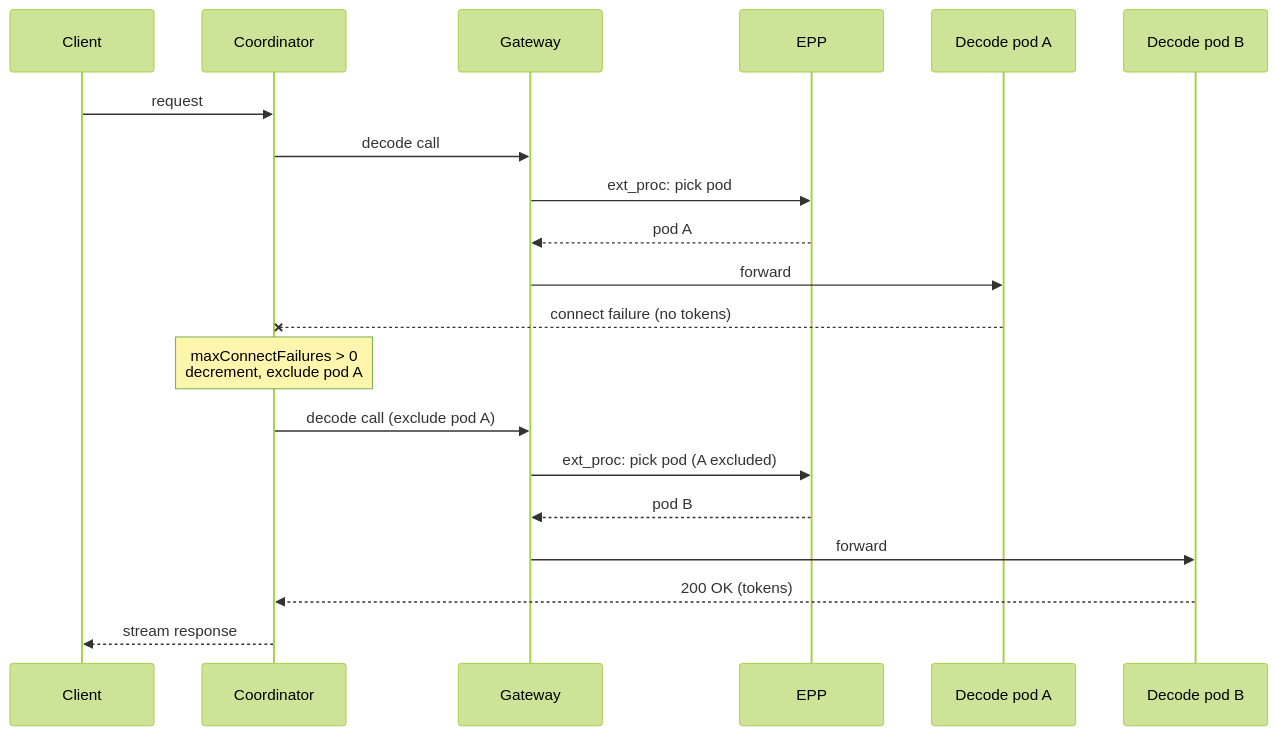
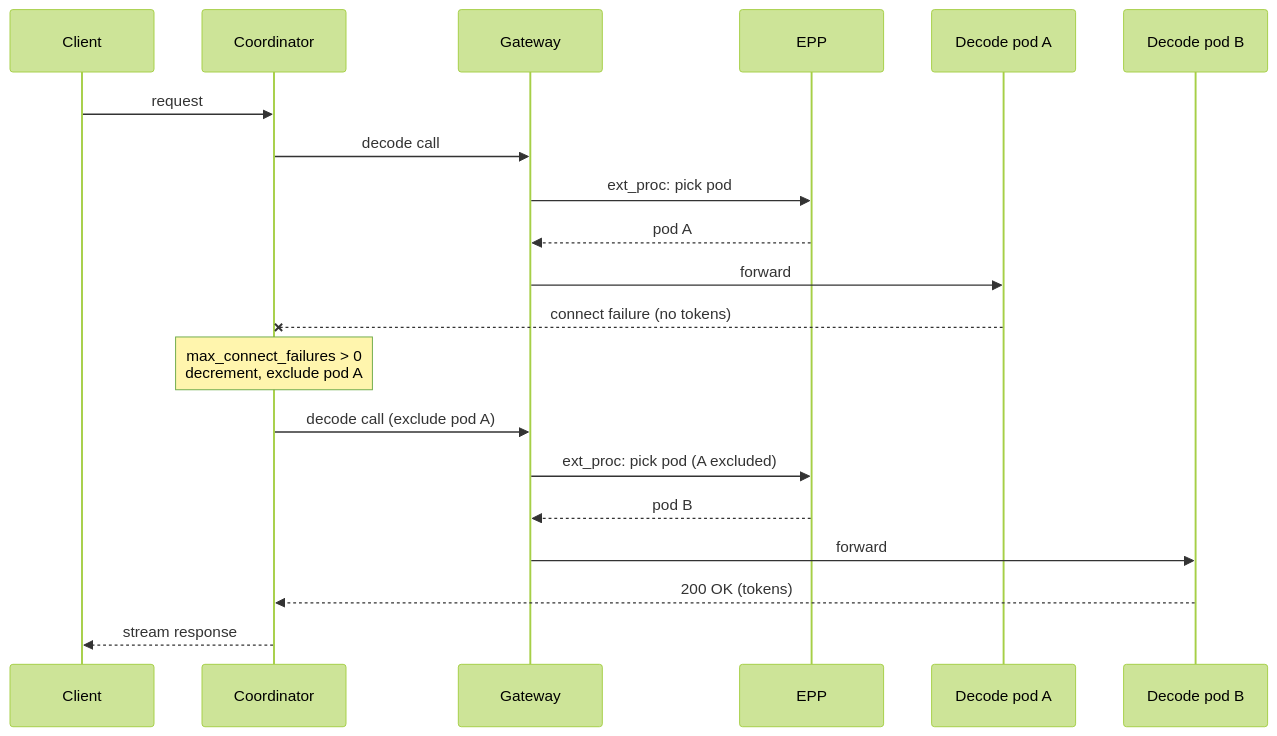
The third of 5 diagrams in docs/active_request_migration.md (jtechapps/llm-d-router), drawn with Mermaid (forest theme) before and after one commit. The commit also changed other lines of this file and 14 other files, not shown here.

````diff
--- a/docs/active_request_migration.md
+++ b/docs/active_request_migration.md
@@ -150,23 +150,23 @@
 ```mermaid
 sequenceDiagram
     participant Client
     participant Coord as Coordinator
     participant GW as Gateway
     participant EPP
     participant A as Decode pod A
     participant B as Decode pod B
 
     Client->>Coord: request
     Coord->>GW: decode call
     GW->>EPP: ext_proc: pick pod
     EPP-->>GW: pod A
     GW->>A: forward
     A--xCoord: connect failure (no tokens)
-    Note over Coord: maxConnectFailures > 0<br/>decrement, exclude pod A
+    Note over Coord: max_connect_failures > 0<br/>decrement, exclude pod A
     Coord->>GW: decode call (exclude pod A)
     GW->>EPP: ext_proc: pick pod (A excluded)
     EPP-->>GW: pod B
     GW->>B: forward
     B-->>Coord: 200 OK (tokens)
     Coord-->>Client: stream response
 ```
````
